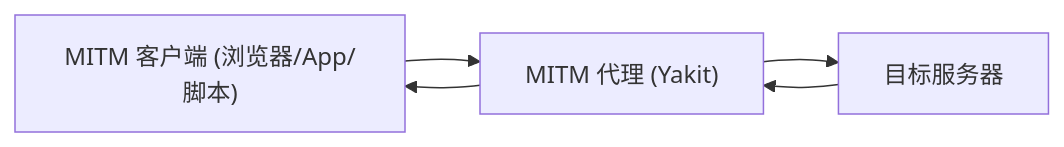
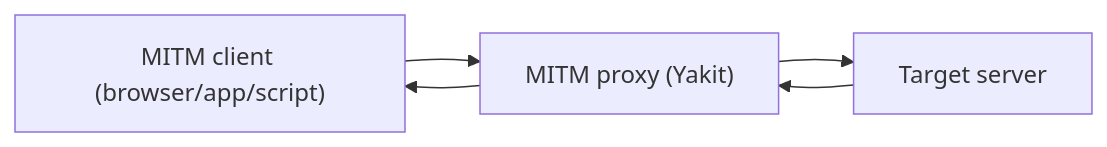
One commit to DangerousSONG/attack_skills_for_agent changed the diagram in yak-skills/mitm-hotpatch/SKILL.md. Above: the diagram before and after it, drawn with Mermaid. The commit also changed other lines of this file and 2116 other files, not shown here.

````diff
--- a/yak-skills/mitm-hotpatch/SKILL.md
+++ b/yak-skills/mitm-hotpatch/SKILL.md
@@ -23,7 +23,7 @@
 ```mermaid
 flowchart LR
-    Browser["MITM 客户端 (浏览器/App/脚本)"] --> Proxy["MITM 代理 (Yakit)"]
-    Proxy --> Server["目标服务器"]
+    Browser["MITM client (browser/app/script)"] --> Proxy["MITM proxy (Yakit)"]
+    Proxy --> Server["Target server"]
     Server --> Proxy
     Proxy --> Browser
 ```
````
